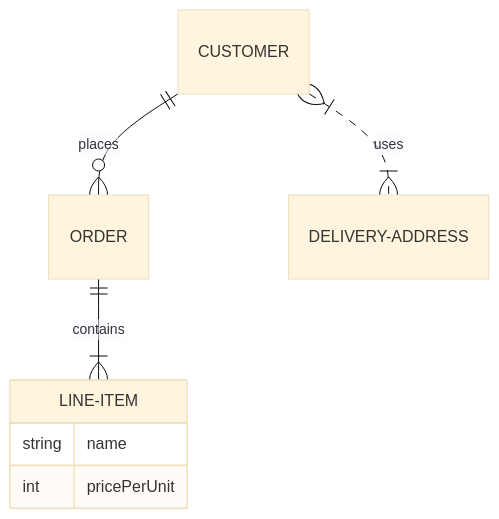
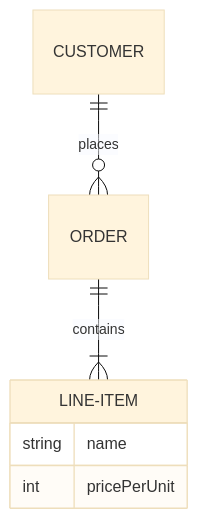
The fifth of 5 diagrams in docs/reference/diagrams.md (leafcxy/mkdocs-material), drawn with Mermaid (base theme) before and after one commit. The commit also changed other lines of this file and 43 other files, not shown here.

````diff
--- a/docs/reference/diagrams.md
+++ b/docs/reference/diagrams.md
@@ -258,10 +238,9 @@
 ``` mermaid
 erDiagram
   CUSTOMER ||--o{ ORDER : places
   ORDER ||--|{ LINE-ITEM : contains
   LINE-ITEM {
     string name
     int pricePerUnit
   }
-  CUSTOMER }|..|{ DELIVERY-ADDRESS : uses
 ```
````
